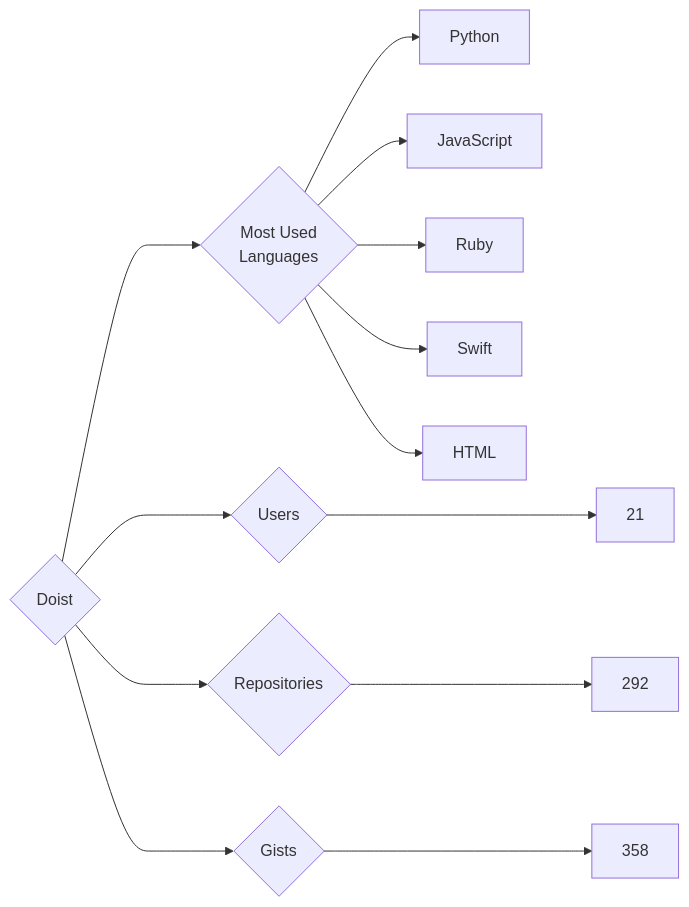
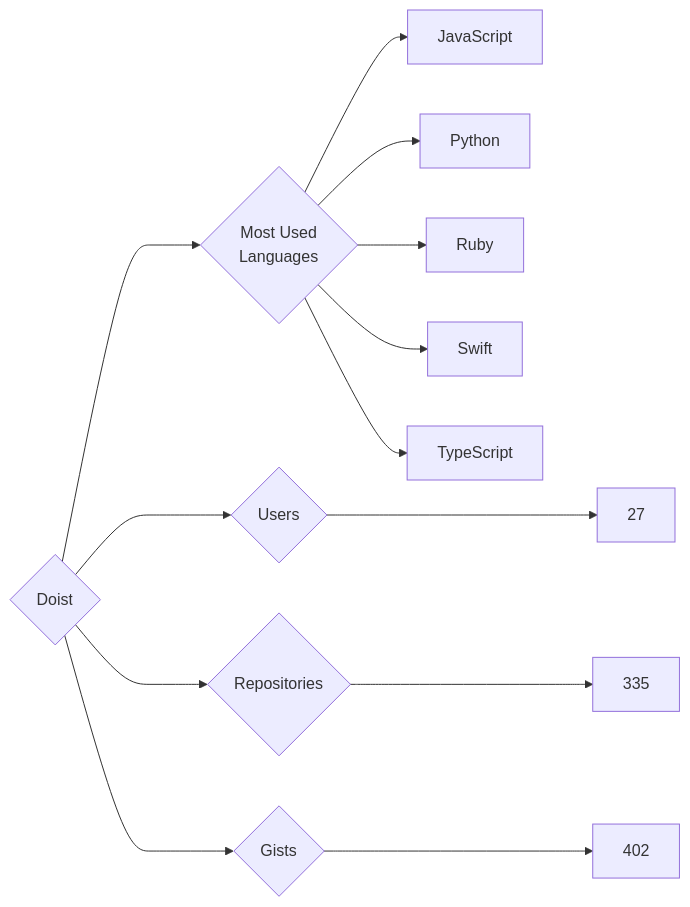
One commit to trickest/insiders changed the diagram in targets/Doist/README.md. Above: the diagram before and after it, drawn with Mermaid. The commit also changed 1084 other files, not shown here.

````diff
--- a/targets/Doist/README.md
+++ b/targets/Doist/README.md
@@ -3,13 +3,13 @@
 ```mermaid
 graph LR
 COMPANY_NAME{Doist}
-COMPANY_NAME ---> U{Users} ---> UN[21]
-COMPANY_NAME ---> R{Repositories} ---> RN[292]
-COMPANY_NAME ---> G{Gists} ---> GN[358]
+COMPANY_NAME ---> U{Users} ---> UN[27]
+COMPANY_NAME ---> R{Repositories} ---> RN[335]
+COMPANY_NAME ---> G{Gists} ---> GN[402]
 COMPANY_NAME ---> ML{Most Used<br>Languages}
+ML --> JavaScript[JavaScript]
 ML --> Python[Python]
-ML --> JavaScript[JavaScript]
 ML --> Ruby[Ruby]
 ML --> Swift[Swift]
-ML --> HTML[HTML]
+ML --> TypeScript[TypeScript]
 ```
````
